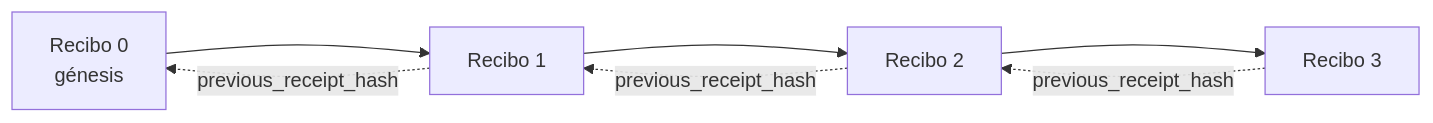
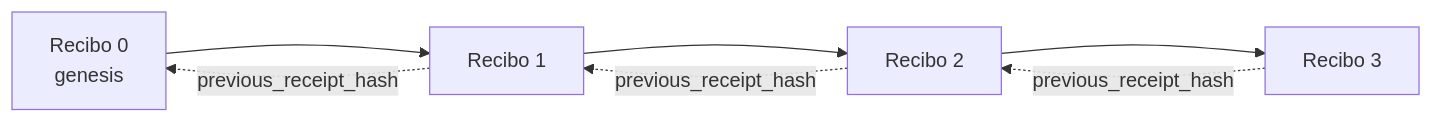
The second of 2 diagrams in mirrors/repos/microsoft@ai-agents-for-beginners/translations/es/18-securing-ai-agents/README.md (gabrielmoreira/agent-skills-mirror), drawn with Mermaid before and after one commit. The commit also changed other lines of this file and 2285 other files, not shown here.

````diff
--- a/mirrors/repos/microsoft@ai-agents-for-beginners/translations/es/18-securing-ai-agents/README.md
+++ b/mirrors/repos/microsoft@ai-agents-for-beginners/translations/es/18-securing-ai-agents/README.md
@@ -206,9 +206,9 @@
 ```mermaid
 flowchart LR
-    R0[Recibo 0<br/>génesis] --> R1[Recibo 1]
+    R0[Recibo 0<br/>genesis] --> R1[Recibo 1]
     R1 --> R2[Recibo 2]
     R2 --> R3[Recibo 3]
     R1 -. previous_receipt_hash .-> R0
     R2 -. previous_receipt_hash .-> R1
     R3 -. previous_receipt_hash .-> R2
 ```
````
